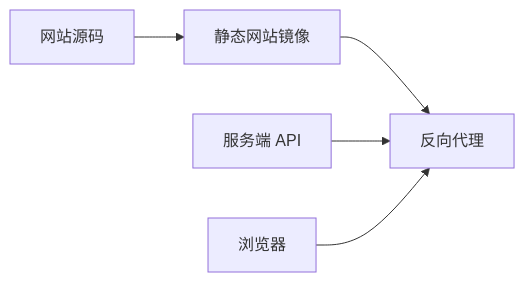
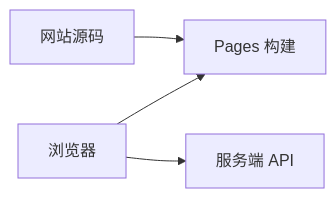
Before and after one commit to risense-ai/respire-docs: the diagram in docs/zh/product/site.md, drawn with Mermaid. The commit also changed other lines of this file and 117 other files, not shown here.

````diff
--- a/docs/zh/product/site.md
+++ b/docs/zh/product/site.md
@@ -12,7 +12,6 @@
 ```mermaid
 flowchart LR
-  Site["网站源码"] --> Web["静态网站镜像"]
-  Web --> Proxy["反向代理"]
-  API["服务端 API"] --> Proxy
-  Browser["浏览器"] --> Proxy
+  Site["网站源码"] --> Pages["Pages 构建"]
+  Browser["浏览器"] --> Pages
+  Browser --> API["服务端 API"]
 ```
````
